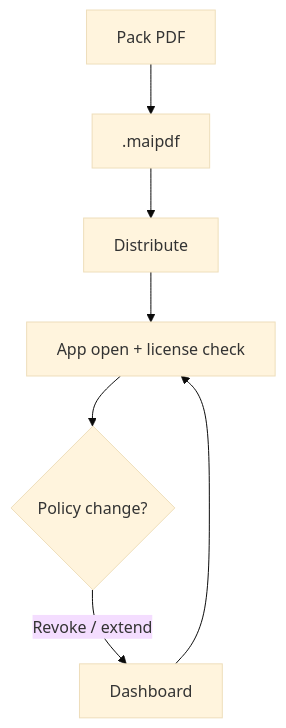
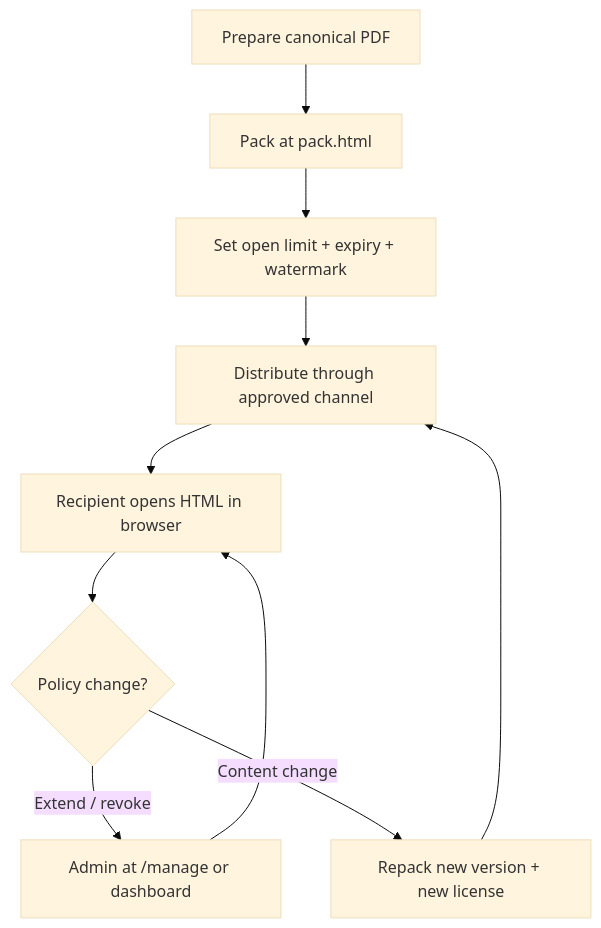
One commit to mythenigma/cloudflareAstro changed the diagram in src/content/blog/en/offline-pdf-drm-enterprise-solution.md. Above: the diagram before and after it, drawn with Mermaid (base theme). The commit also changed other lines of this file and 23 other files, not shown here.

````diff
--- a/src/content/blog/en/offline-pdf-drm-enterprise-solution.md
+++ b/src/content/blog/en/offline-pdf-drm-enterprise-solution.md
@@ -18,9 +30,12 @@
 ```mermaid
 flowchart TB
-  A[Pack PDF] --> B[.maipdf]
-  B --> C[Distribute]
-  C --> D[App open + license check]
-  D --> E{Policy change?}
-  E -->|Revoke / extend| F[Dashboard]
-  F --> D
+  A[Prepare canonical PDF] --> B[Pack at pack.html]
+  B --> C[Set open limit + expiry + watermark]
+  C --> D[Distribute through approved channel]
+  D --> E[Recipient opens HTML in browser]
+  E --> F{Policy change?}
+  F -->|Extend / revoke| G[Admin at /manage or dashboard]
+  G --> E
+  F -->|Content change| H[Repack new version + new license]
+  H --> D
 ```
````
